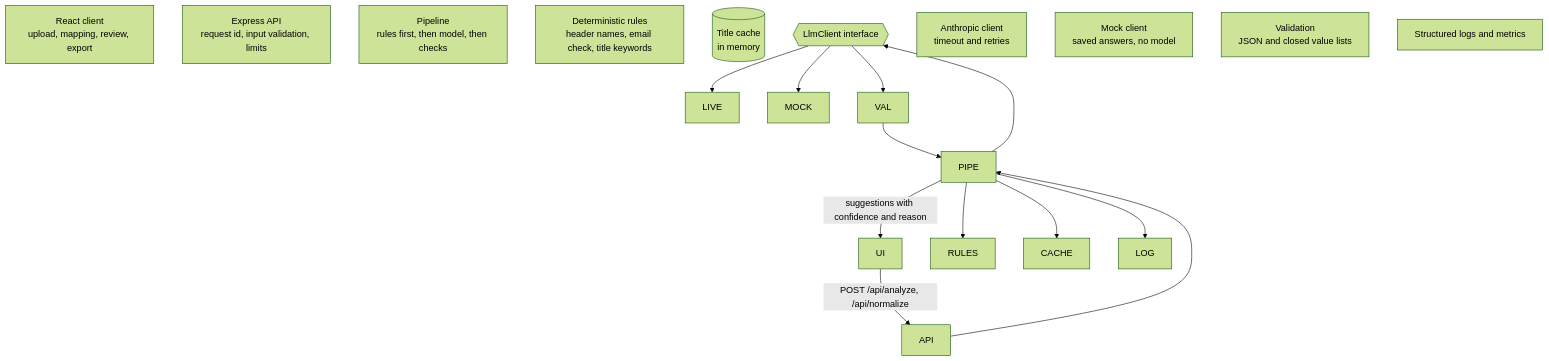
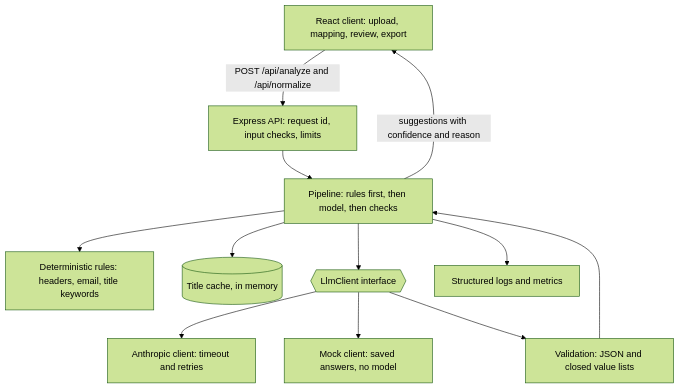
One commit to Octavian-Nicu/lead-intake-assistant changed the diagram in README.md. Above: the diagram before and after it, drawn with Mermaid (forest theme). The commit also changed other lines of this file, not shown here.

````diff
--- a/README.md
+++ b/README.md
@@ -115,23 +115,25 @@
 ```mermaid
 flowchart TD
-    UI\\\[React client<br/>upload, mapping, review, export]
-    API\\\[Express API<br/>request id, input validation, limits]
-    PIPE\\\[Pipeline<br/>rules first, then model, then checks]
-    RULES\\\[Deterministic rules<br/>header names, email check, title keywords]
-    CACHE\\\[(Title cache<br/>in memory)]
-    LLM{{LlmClient interface}}
-    LIVE\\\[Anthropic client<br/>timeout and retries]
-    MOCK\\\[Mock client<br/>saved answers, no model]
-    VAL\\\[Validation<br/>JSON and closed value lists]
-    LOG\\\[Structured logs and metrics]
+    UI["React client: upload, mapping, review, export"]
+    API["Express API: request id, input checks, limits"]
+    PIPE["Pipeline: rules first, then model, then checks"]
+    RULES["Deterministic rules: headers, email, title keywords"]
+    CACHE[("Title cache, in memory")]
+    LLM{{"LlmClient interface"}}
+    LIVE["Anthropic client: timeout and retries"]
+    MOCK["Mock client: saved answers, no model"]
+    VAL["Validation: JSON and closed value lists"]
+    LOG["Structured logs and metrics"]
 
-    UI -->|POST /api/analyze, /api/normalize| API --> PIPE
+    UI -- "POST /api/analyze and /api/normalize" --> API
+    API --> PIPE
     PIPE --> RULES
     PIPE --> CACHE
     PIPE --> LLM
     LLM --> LIVE
     LLM --> MOCK
-    LLM --> VAL --> PIPE
+    LLM --> VAL
+    VAL --> PIPE
     PIPE --> LOG
-    PIPE -->|suggestions with confidence and reason| UI
+    PIPE -- "suggestions with confidence and reason" --> UI
 ```
````
